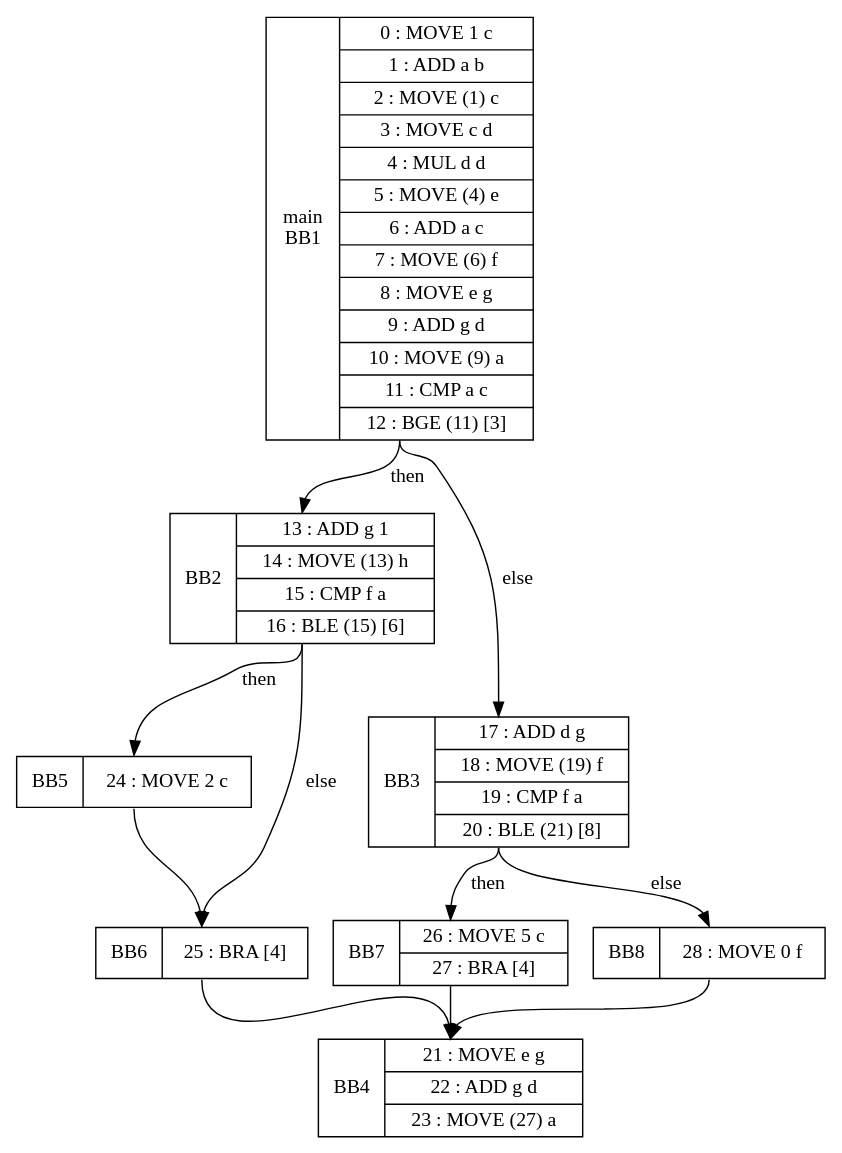
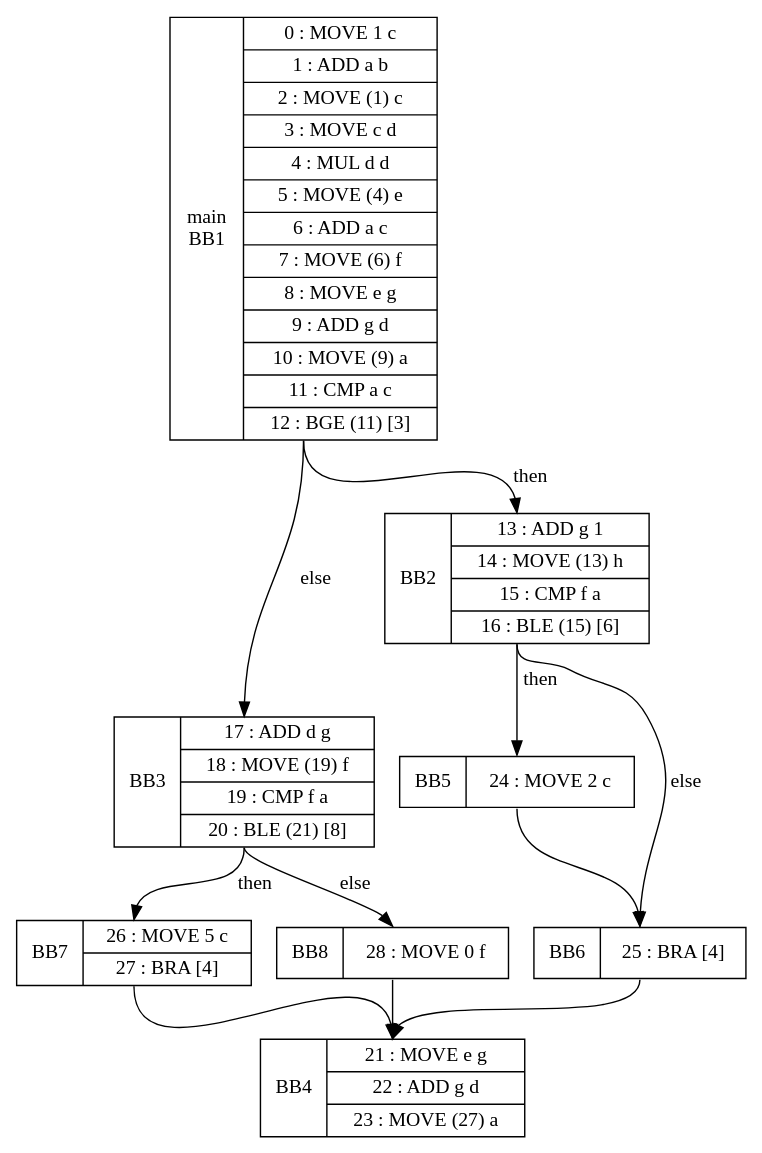
The diagram in src/CFG Examples/nested_if_test.dot (maxsmith271346/LL1_Compiler), drawn with Graphviz before and after one commit. The commit also changed other lines of this file and 5 other files, not shown here.

```diff
--- a/src/CFG Examples/nested_if_test.dot
+++ b/src/CFG Examples/nested_if_test.dot
@@ -1,20 +1,20 @@
 digraph G { 
 BB1[shape=record, label="<b>main\nBB1|{0 : MOVE 1 c |1 : ADD a b |2 : MOVE (1) c |3 : MOVE c d |4 : MUL d d |5 : MOVE (4) e |6 : ADD a c |7 : MOVE (6) f |8 : MOVE e g |9 : ADD g d |10 : MOVE (9) a |11 : CMP a c |12 : BGE (11) [3] }"];
+BB1:s -> BB3:n [label="else"];
 BB1:s -> BB2:n [label="then"];
-BB1:s -> BB3:n [label="else"];
 BB2[shape=record, label="<b>BB2|{13 : ADD g 1 |14 : MOVE (13) h |15 : CMP f a |16 : BLE (15) [6] }"];
 BB2:s -> BB5:n [label="then"];
 BB2:s -> BB6:n [label="else"];
 BB3[shape=record, label="<b>BB3|{17 : ADD d g |18 : MOVE (19) f |19 : CMP f a |20 : BLE (21) [8] }"];
 BB3:s -> BB7:n [label="then"];
 BB3:s -> BB8:n [label="else"];
 BB4[shape=record, label="<b>BB4|{21 : MOVE e g |22 : ADD g d |23 : MOVE (27) a }"];
 BB5[shape=record, label="<b>BB5|{24 : MOVE 2 c }"];
 BB5:s -> BB6:n [label=""];
 BB6[shape=record, label="<b>BB6|{25 : BRA [4] }"];
 BB6:s -> BB4:n [label=""];
 BB7[shape=record, label="<b>BB7|{26 : MOVE 5 c |27 : BRA [4] }"];
 BB7:s -> BB4:n [label=""];
 BB8[shape=record, label="<b>BB8|{28 : MOVE 0 f }"];
 BB8:s -> BB4:n [label=""];
 }
```
